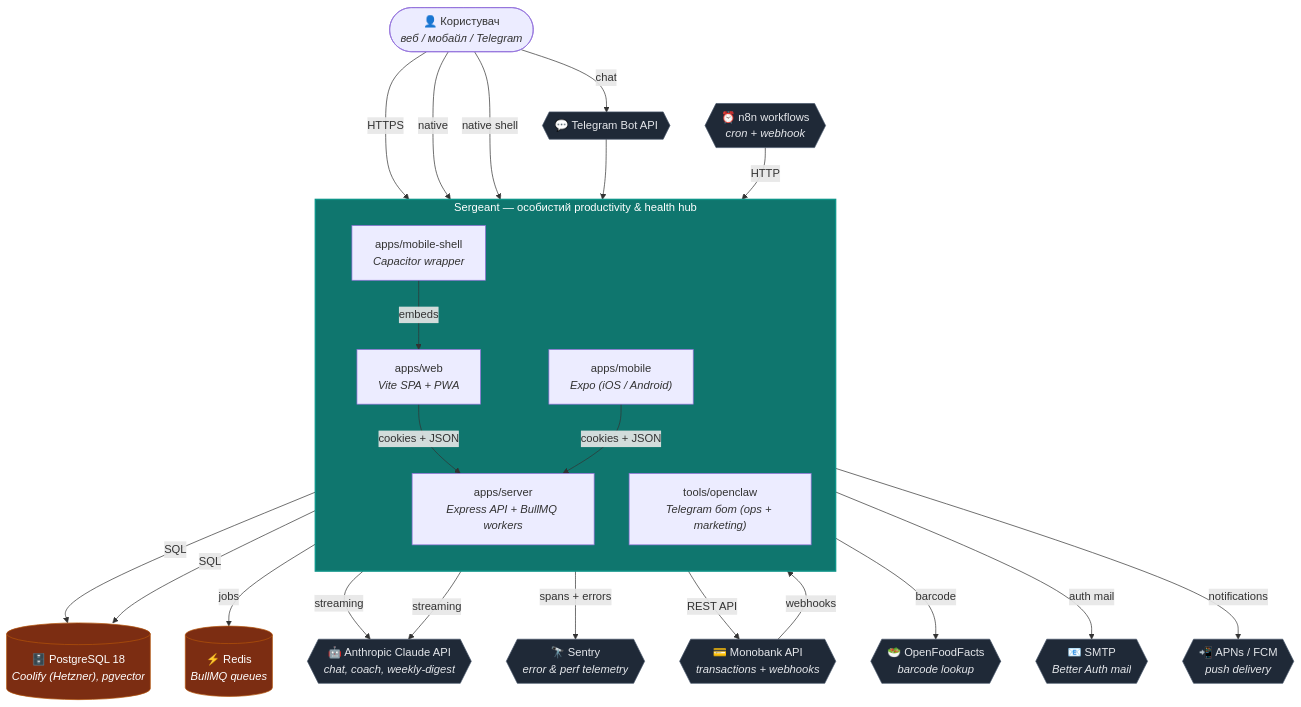
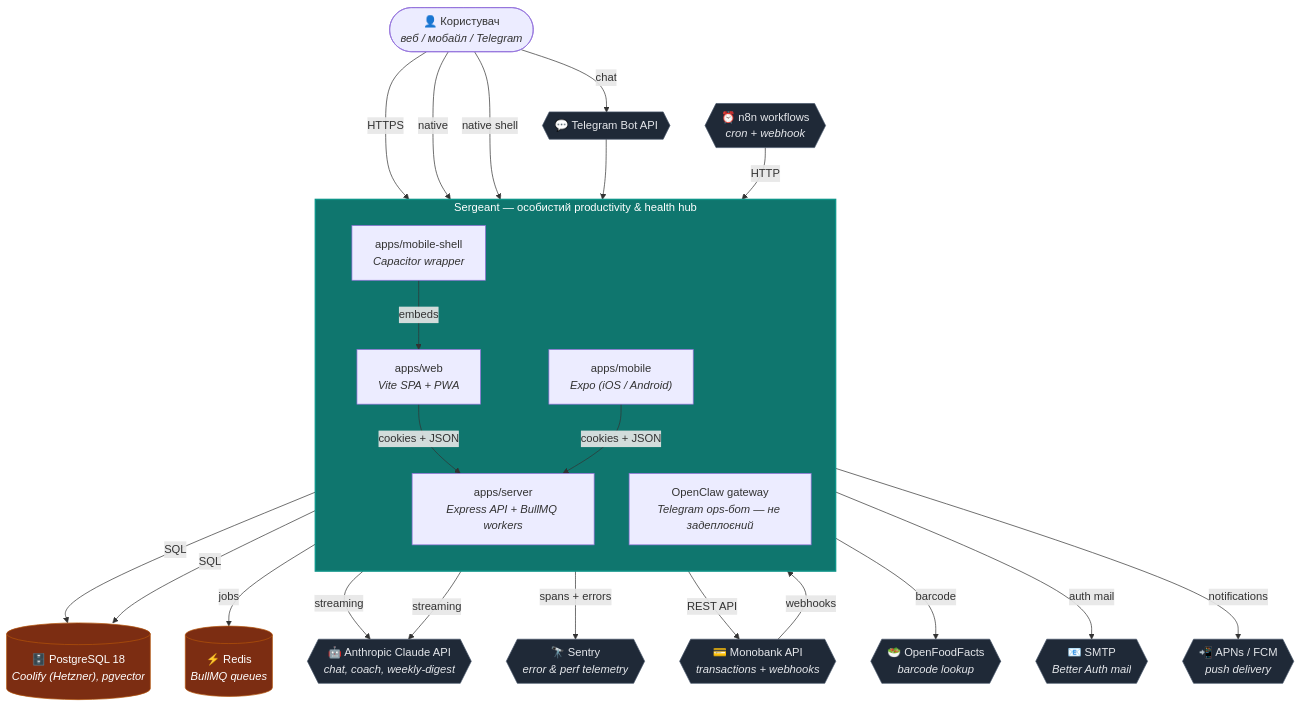
The diagram in docs/02-engineering/architecture/diagrams/c1-system-context.md (SkOrDs-02/sergeant), drawn with Mermaid before and after one commit. The commit also changed other lines of this file and 9 other files, not shown here.

First line of the commit message:
docs(root): purge decommissioned Railway topology from ops docs, playbooks, diagrams (ADR-0074)

````diff
--- a/docs/02-engineering/architecture/diagrams/c1-system-context.md
+++ b/docs/02-engineering/architecture/diagrams/c1-system-context.md
@@ -8,54 +8,54 @@
 ```mermaid
 flowchart TB
     User(["👤 Користувач<br/><i>веб / мобайл / Telegram</i>"])
 
     subgraph Sergeant["Sergeant — особистий productivity & health hub"]
         direction TB
         WebApp["apps/web<br/><i>Vite SPA + PWA</i>"]
         MobileApp["apps/mobile<br/><i>Expo (iOS / Android)</i>"]
         ShellApp["apps/mobile-shell<br/><i>Capacitor wrapper</i>"]
         Server["apps/server<br/><i>Express API + BullMQ workers</i>"]
-        Console["tools/openclaw<br/><i>Telegram бот (ops + marketing)</i>"]
+        Console["OpenClaw gateway<br/><i>Telegram ops-бот — не задеплоєний</i>"]
     end
 
     Postgres[("🗄️ PostgreSQL 18<br/><i>Coolify (Hetzner), pgvector</i>")]
     Redis[("⚡ Redis<br/><i>BullMQ queues</i>")]
     Anthropic{{"🤖 Anthropic Claude API<br/><i>chat, coach, weekly-digest</i>"}}
     Sentry{{"🔭 Sentry<br/><i>error & perf telemetry</i>"}}
     n8n{{"⏰ n8n workflows<br/><i>cron + webhook</i>"}}
     Mono{{"💳 Monobank API<br/><i>transactions + webhooks</i>"}}
     OFF{{"🥗 OpenFoodFacts<br/><i>barcode lookup</i>"}}
     SMTP{{"📧 SMTP<br/><i>Better Auth mail</i>"}}
     Push{{"📲 APNs / FCM<br/><i>push delivery</i>"}}
     Telegram{{"💬 Telegram Bot API"}}
 
     User -->|HTTPS| WebApp
     User -->|native| MobileApp
     User -->|native shell| ShellApp
     User -->|chat| Telegram
 
     ShellApp -->|embeds| WebApp
     WebApp -->|cookies + JSON| Server
     MobileApp -->|cookies + JSON| Server
     Telegram --> Console
 
     Server -->|SQL| Postgres
     Server -->|jobs| Redis
     Server -->|streaming| Anthropic
     Server -->|spans + errors| Sentry
     Server -->|REST API| Mono
     Mono -->|webhooks| Server
     Server -->|barcode| OFF
     Server -->|auth mail| SMTP
     Server -->|notifications| Push
     n8n -->|HTTP| Server
     Console -->|SQL| Postgres
     Console -->|streaming| Anthropic
 
     classDef sys fill:#0f766e,stroke:#0d9488,color:#fff,stroke-width:2px
     classDef ext fill:#1f2937,stroke:#475569,color:#e5e7eb
     classDef store fill:#7c2d12,stroke:#b45309,color:#fff
     class Sergeant sys
     class Postgres,Redis store
     class Anthropic,Sentry,n8n,Mono,OFF,SMTP,Push,Telegram ext
 ```
````
